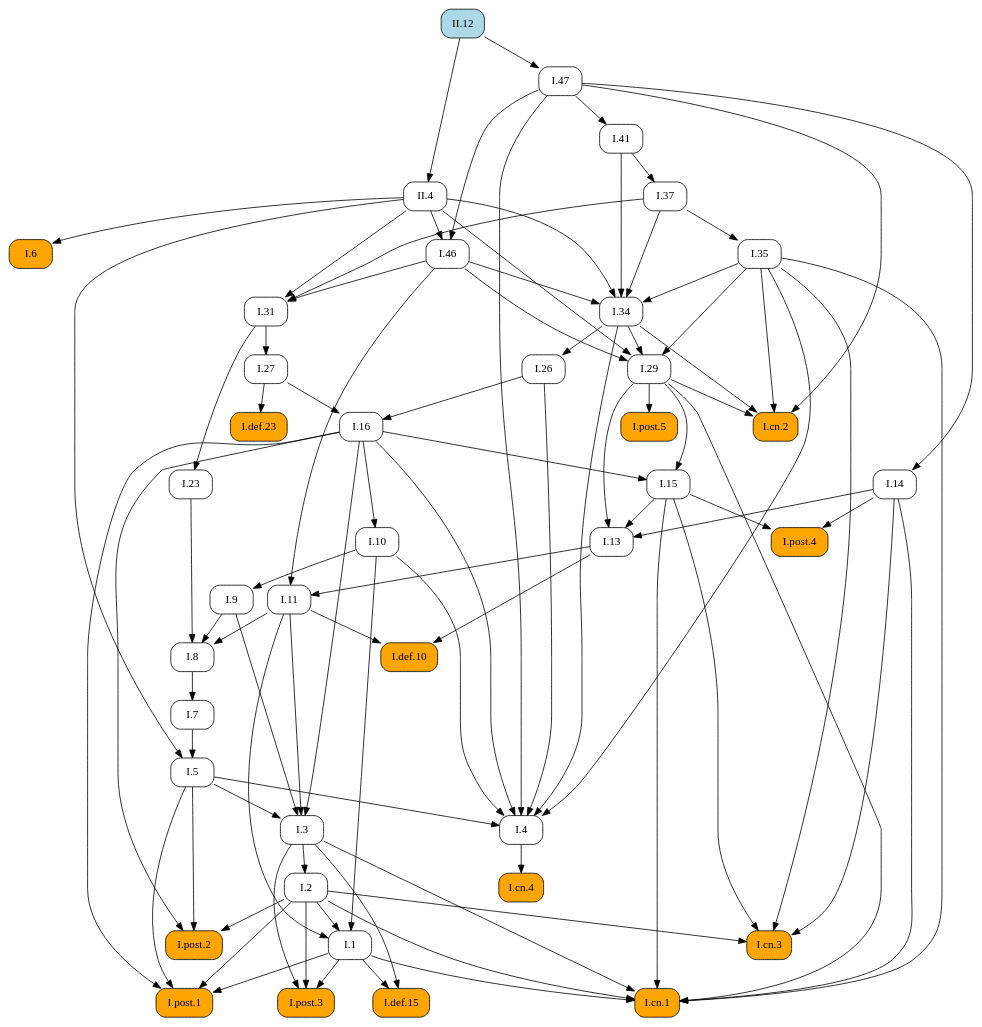
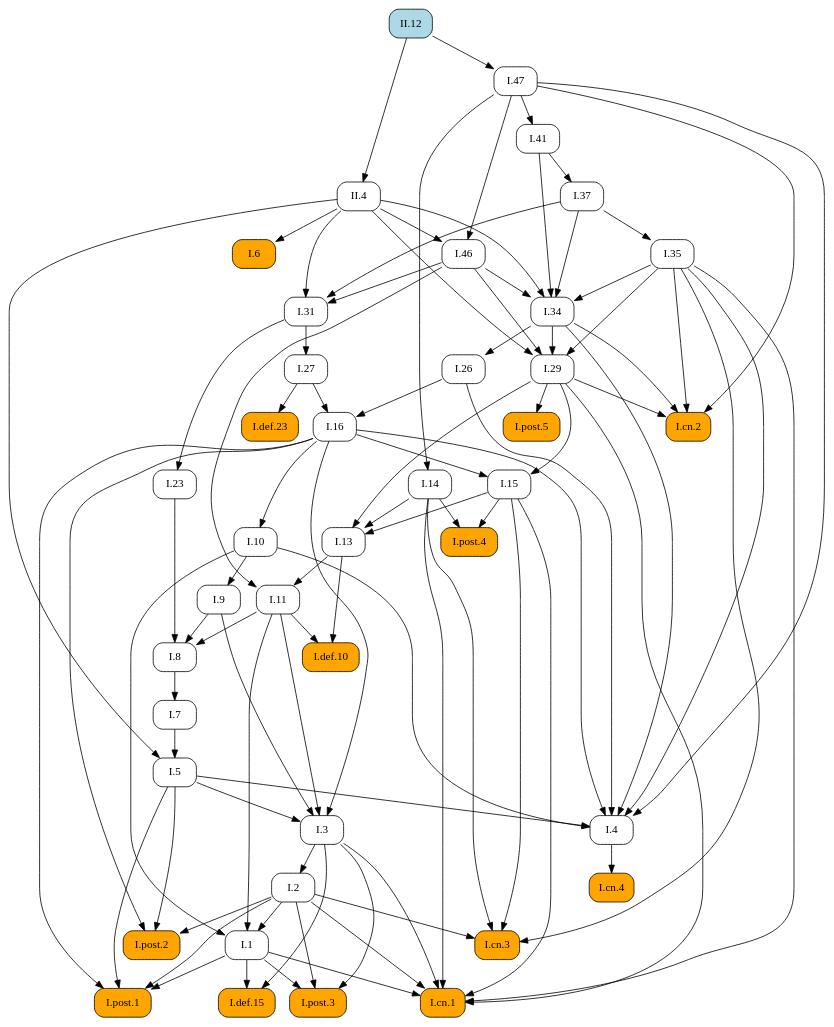
The diagram in docsrc/elements2/II/12/index.rst (geometor/elements), drawn with Graphviz before and after one commit. The commit also changed other lines of this file and 409 other files, not shown here.

First line of the commit message:
feat: Add image cropping and graphic extraction script

```diff
--- a/docsrc/elements2/II/12/index.rst
+++ b/docsrc/elements2/II/12/index.rst
@@ -53,94 +53,64 @@
    digraph {
      rankdir="TB";
      node [shape=box, style=rounded];
+     "I.37" [URL="/elements2/I/37/", target="_top"];
+     "I.31" [URL="/elements2/I/31/", target="_top"];
+     "I.cn.2" [style="rounded,filled", fillcolor=orange, URL="/elements2/I/cn.2/", target="_top"];
+     "I.41" [URL="/elements2/I/41/", target="_top"];
      "I.8" [URL="/elements2/I/8/", target="_top"];
+     "I.5" [URL="/elements2/I/5/", target="_top"];
+     "I.47" [URL="/elements2/I/47/", target="_top"];
+     "I.15" [URL="/elements2/I/15/", target="_top"];
+     "II.12" [style="rounded,filled", fillcolor=lightblue, URL="/elements2/II/12/", target="_top"];
+     "I.26" [URL="/elements2/I/26/", target="_top"];
+     "I.cn.1" [style="rounded,filled", fillcolor=orange, URL="/elements2/I/cn.1/", target="_top"];
+     "I.7" [URL="/elements2/I/7/", target="_top"];
+     "I.23" [URL="/elements2/I/23/", target="_top"];
+     "II.4" [URL="/elements2/II/4/", target="_top"];
+     "I.16" [URL="/elements2/I/16/", target="_top"];
+     "I.35" [URL="/elements2/I/35/", target="_top"];
+     "I.34" [URL="/elements2/I/34/", target="_top"];
+     "I.6" [style="rounded,filled", fillcolor=orange, URL="/elements2/I/6/", target="_top"];
+     "I.def.15" [style="rounded,filled", fillcolor=orange, URL="/elements2/I/def.15/", target="_top"];
      "I.46" [URL="/elements2/I/46/", target="_top"];
-     "I.47" [URL="/elements2/I/47/", target="_top"];
+     "I.def.10" [style="rounded,filled", fillcolor=orange, URL="/elements2/I/def.10/", target="_top"];
+     "I.11" [URL="/elements2/I/11/", target="_top"];
+     "I.def.23" [style="rounded,filled", fillcolor=orange, URL="/elements2/I/def.23/", target="_top"];
+     "I.post.5" [style="rounded,filled", fillcolor=orange, URL="/elements2/I/post.5/", target="_top"];
+     "I.3" [URL="/elements2/I/3/", target="_top"];
      "I.14" [URL="/elements2/I/14/", target="_top"];
+     "I.10" [URL="/elements2/I/10/", target="_top"];
+     "I.cn.3" [style="rounded,filled", fillcolor=orange, URL="/elements2/I/cn.3/", target="_top"];
+     "I.13" [URL="/elements2/I/13/", target="_top"];
+     "I.4" [URL="/elements2/I/4/", target="_top"];
+     "I.post.3" [style="rounded,filled", fillcolor=orange, URL="/elements2/I/post.3/", target="_top"];
+     "I.9" [URL="/elements2/I/9/", target="_top"];
+     "I.29" [URL="/elements2/I/29/", target="_top"];
      "I.post.1" [style="rounded,filled", fillcolor=orange, URL="/elements2/I/post.1/", target="_top"];
-     "I.5" [URL="/elements2/I/5/", target="_top"];
-     "I.post.5" [style="rounded,filled", fillcolor=orange, URL="/elements2/I/post.5/", target="_top"];
-     "I.def.10" [style="rounded,filled", fillcolor=orange, URL="/elements2/I/def.10/", target="_top"];
-     "I.cn.2" [style="rounded,filled", fillcolor=orange, URL="/elements2/I/cn.2/", target="_top"];
-     "I.def.15" [style="rounded,filled", fillcolor=orange, URL="/elements2/I/def.15/", target="_top"];
-     "I.31" [URL="/elements2/I/31/", target="_top"];
-     "I.11" [URL="/elements2/I/11/", target="_top"];
-     "II.4" [URL="/elements2/II/4/", target="_top"];
-     "I.3" [URL="/elements2/I/3/", target="_top"];
+     "I.2" [URL="/elements2/I/2/", target="_top"];
+     "I.27" [URL="/elements2/I/27/", target="_top"];
+     "I.cn.4" [style="rounded,filled", fillcolor=orange, URL="/elements2/I/cn.4/", target="_top"];
+     "I.post.4" [style="rounded,filled", fillcolor=orange, URL="/elements2/I/post.4/", target="_top"];
+     "I.1" [URL="/elements2/I/1/", target="_top"];
      "I.post.2" [style="rounded,filled", fillcolor=orange, URL="/elements2/I/post.2/", target="_top"];
-     "I.def.23" [style="rounded,filled", fillcolor=orange, URL="/elements2/I/def.23/", target="_top"];
-     "I.6" [style="rounded,filled", fillcolor=orange, URL="/elements2/I/6/", target="_top"];
-     "I.26" [URL="/elements2/I/26/", target="_top"];
-     "I.cn.3" [style="rounded,filled", fillcolor=orange, URL="/elements2/I/cn.3/", target="_top"];
-     "I.cn.4" [style="rounded,filled", fillcolor=orange, URL="/elements2/I/cn.4/", target="_top"];
-     "I.1" [URL="/elements2/I/1/", target="_top"];
-     "II.12" [style="rounded,filled", fillcolor=lightblue, URL="/elements2/II/12/", target="_top"];
-     "I.7" [URL="/elements2/I/7/", target="_top"];
-     "I.9" [URL="/elements2/I/9/", target="_top"];
-     "I.cn.1" [style="rounded,filled", fillcolor=orange, URL="/elements2/I/cn.1/", target="_top"];
-     "I.29" [URL="/elements2/I/29/", target="_top"];
-     "I.post.4" [style="rounded,filled", fillcolor=orange, URL="/elements2/I/post.4/", target="_top"];
-     "I.16" [URL="/elements2/I/16/", target="_top"];
-     "I.13" [URL="/elements2/I/13/", target="_top"];
-     "I.41" [URL="/elements2/I/41/", target="_top"];
-     "I.35" [URL="/elements2/I/35/", target="_top"];
-     "I.2" [URL="/elements2/I/2/", target="_top"];
-     "I.37" [URL="/elements2/I/37/", target="_top"];
-     "I.27" [URL="/elements2/I/27/", target="_top"];
-     "I.4" [URL="/elements2/I/4/", target="_top"];
-     "I.10" [URL="/elements2/I/10/", target="_top"];
-     "I.15" [URL="/elements2/I/15/", target="_top"];
-     "I.34" [URL="/elements2/I/34/", target="_top"];
-     "I.23" [URL="/elements2/I/23/", target="_top"];
-     "I.post.3" [style="rounded,filled", fillcolor=orange, URL="/elements2/I/post.3/", target="_top"];
-     "I.9" -> "I.8";
-     "I.11" -> "I.8";
-     "I.23" -> "I.8";
-     "I.47" -> "I.46";
-     "II.4" -> "I.46";
-     "II.12" -> "I.47";
-     "I.47" -> "I.14";
-     "I.1" -> "I.post.1";
-     "I.2" -> "I.post.1";
-     "I.5" -> "I.post.1";
-     "I.16" -> "I.post.1";
-     "I.7" -> "I.5";
-     "II.4" -> "I.5";
-     "I.29" -> "I.post.5";
-     "I.11" -> "I.def.10";
-     "I.13" -> "I.def.10";
+     "I.41" -> "I.37";
+     "I.37" -> "I.31";
+     "I.46" -> "I.31";
+     "II.4" -> "I.31";
      "I.29" -> "I.cn.2";
      "I.34" -> "I.cn.2";
      "I.35" -> "I.cn.2";
      "I.47" -> "I.cn.2";
-     "I.1" -> "I.def.15";
-     "I.3" -> "I.def.15";
-     "I.37" -> "I.31";
-     "I.46" -> "I.31";
-     "II.4" -> "I.31";
-     "I.13" -> "I.11";
-     "I.46" -> "I.11";
-     "II.12" -> "II.4";
-     "I.5" -> "I.3";
-     "I.9" -> "I.3";
-     "I.11" -> "I.3";
-     "I.16" -> "I.3";
-     "I.2" -> "I.post.2";
-     "I.5" -> "I.post.2";
-     "I.16" -> "I.post.2";
-     "I.27" -> "I.def.23";
-     "II.4" -> "I.6";
+     "I.47" -> "I.41";
+     "I.9" -> "I.8";
+     "I.11" -> "I.8";
+     "I.23" -> "I.8";
+     "I.7" -> "I.5";
+     "II.4" -> "I.5";
+     "II.12" -> "I.47";
+     "I.16" -> "I.15";
+     "I.29" -> "I.15";
      "I.34" -> "I.26";
-     "I.2" -> "I.cn.3";
-     "I.14" -> "I.cn.3";
-     "I.15" -> "I.cn.3";
-     "I.35" -> "I.cn.3";
-     "I.4" -> "I.cn.4";
-     "I.2" -> "I.1";
-     "I.10" -> "I.1";
-     "I.11" -> "I.1";
-     "I.8" -> "I.7";
-     "I.10" -> "I.9";
      "I.1" -> "I.cn.1";
      "I.2" -> "I.cn.1";
      "I.3" -> "I.cn.1";
@@ -148,22 +118,41 @@
      "I.15" -> "I.cn.1";
      "I.29" -> "I.cn.1";
      "I.35" -> "I.cn.1";
-     "I.34" -> "I.29";
-     "I.35" -> "I.29";
-     "I.46" -> "I.29";
-     "II.4" -> "I.29";
-     "I.14" -> "I.post.4";
-     "I.15" -> "I.post.4";
+     "I.8" -> "I.7";
+     "I.31" -> "I.23";
+     "II.12" -> "II.4";
      "I.26" -> "I.16";
      "I.27" -> "I.16";
+     "I.37" -> "I.35";
+     "I.35" -> "I.34";
+     "I.37" -> "I.34";
+     "I.41" -> "I.34";
+     "I.46" -> "I.34";
+     "II.4" -> "I.34";
+     "II.4" -> "I.6";
+     "I.1" -> "I.def.15";
+     "I.3" -> "I.def.15";
+     "I.47" -> "I.46";
+     "II.4" -> "I.46";
+     "I.11" -> "I.def.10";
+     "I.13" -> "I.def.10";
+     "I.13" -> "I.11";
+     "I.46" -> "I.11";
+     "I.27" -> "I.def.23";
+     "I.29" -> "I.post.5";
+     "I.5" -> "I.3";
+     "I.9" -> "I.3";
+     "I.11" -> "I.3";
+     "I.16" -> "I.3";
+     "I.47" -> "I.14";
+     "I.16" -> "I.10";
+     "I.2" -> "I.cn.3";
+     "I.14" -> "I.cn.3";
+     "I.15" -> "I.cn.3";
+     "I.35" -> "I.cn.3";
      "I.14" -> "I.13";
      "I.15" -> "I.13";
      "I.29" -> "I.13";
-     "I.47" -> "I.41";
-     "I.37" -> "I.35";
-     "I.3" -> "I.2";
-     "I.41" -> "I.37";
-     "I.31" -> "I.27";
      "I.5" -> "I.4";
      "I.10" -> "I.4";
      "I.16" -> "I.4";
@@ -171,16 +160,27 @@
      "I.34" -> "I.4";
      "I.35" -> "I.4";
      "I.47" -> "I.4";
-     "I.16" -> "I.10";
-     "I.16" -> "I.15";
-     "I.29" -> "I.15";
-     "I.35" -> "I.34";
-     "I.37" -> "I.34";
-     "I.41" -> "I.34";
-     "I.46" -> "I.34";
-     "II.4" -> "I.34";
-     "I.31" -> "I.23";
      "I.1" -> "I.post.3";
      "I.2" -> "I.post.3";
      "I.3" -> "I.post.3";
+     "I.10" -> "I.9";
+     "I.34" -> "I.29";
+     "I.35" -> "I.29";
+     "I.46" -> "I.29";
+     "II.4" -> "I.29";
+     "I.1" -> "I.post.1";
+     "I.2" -> "I.post.1";
+     "I.5" -> "I.post.1";
+     "I.16" -> "I.post.1";
+     "I.3" -> "I.2";
+     "I.31" -> "I.27";
+     "I.4" -> "I.cn.4";
+     "I.14" -> "I.post.4";
+     "I.15" -> "I.post.4";
+     "I.2" -> "I.1";
+     "I.10" -> "I.1";
+     "I.11" -> "I.1";
+     "I.2" -> "I.post.2";
+     "I.5" -> "I.post.2";
+     "I.16" -> "I.post.2";
    }
```
